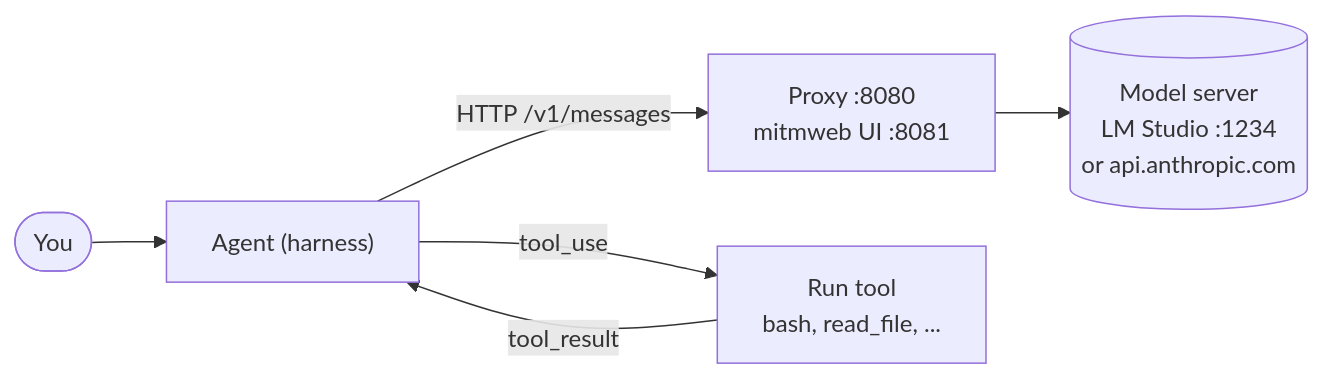
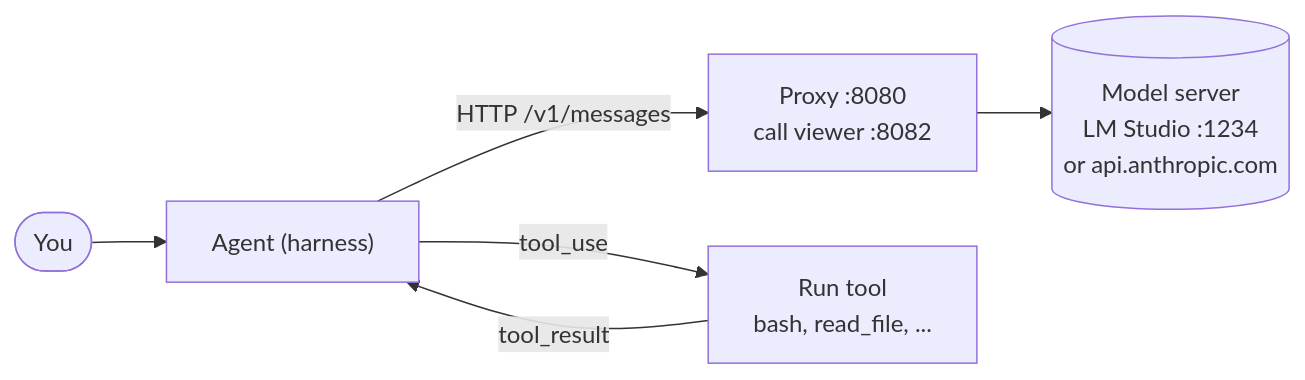
The first of 2 diagrams in README.md (JonnyDaenen/ai-meetup-harness-workshop), drawn with Mermaid before and after one commit. The commit also changed other lines of this file and 6 other files, not shown here.

First line of the commit message:
proxy: live call viewer (viewer.py) on :8082

````diff
--- a/README.md
+++ b/README.md
@@ -14,8 +14,8 @@
 ```mermaid
 flowchart LR
     you(["You"]) --> agent["Agent (harness)"]
-    agent -- "HTTP /v1/messages" --> proxy["Proxy :8080<br/>mitmweb UI :8081"]
+    agent -- "HTTP /v1/messages" --> proxy["Proxy :8080<br/>call viewer :8082"]
     proxy --> model[("Model server<br/>LM Studio :1234<br/>or api.anthropic.com")]
     agent -- "tool_use" --> tools["Run tool<br/>bash, read_file, ..."]
     tools -- "tool_result" --> agent
 ```
````
